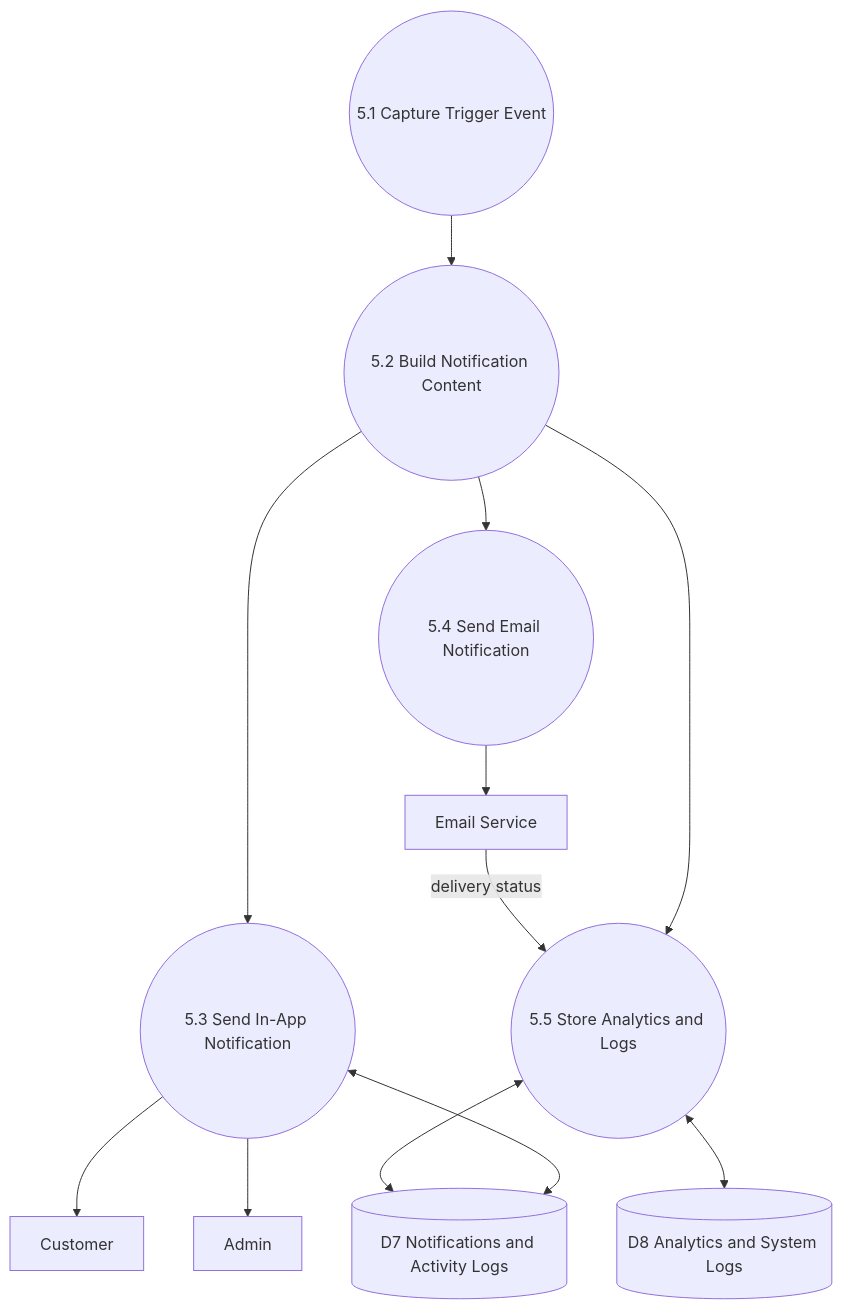
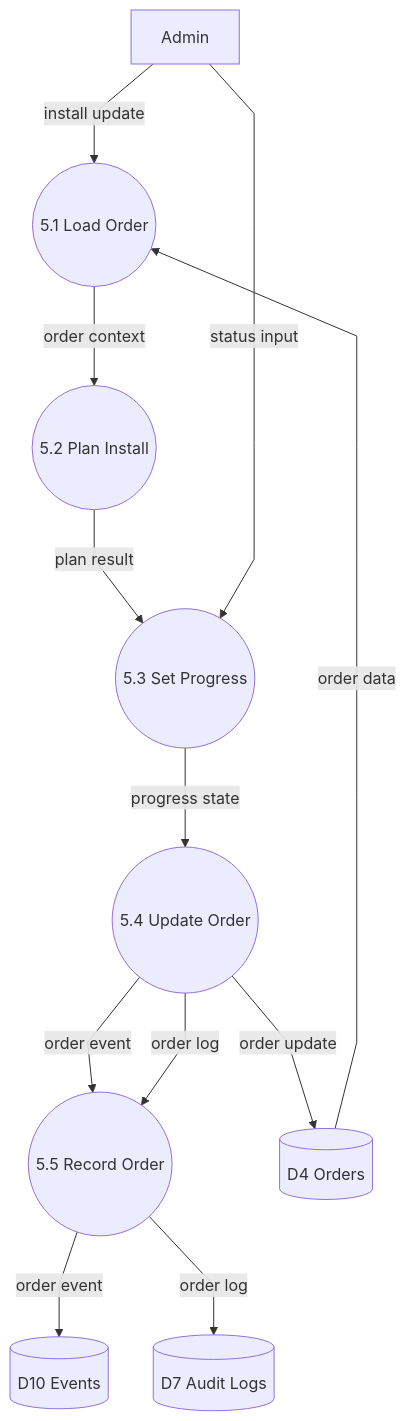
The seventh of 11 diagrams in DFD-Ermel-System.md (theilei/ermel), drawn with Mermaid before and after one commit. The commit also changed other lines of this file, not shown here.

````diff
--- a/DFD-Ermel-System.md
+++ b/DFD-Ermel-System.md
@@ -261,30 +268,30 @@
 ```mermaid
+%%{init: {"flowchart":{"curve":"linear","nodeSpacing":45,"rankSpacing":75}}}%%
 flowchart TB
-    C[Customer]
-    A[Admin]
-    E[Email Service]
+  ADMIN[Admin]
 
-    P51((5.1 Capture Trigger Event))
-    P52((5.2 Build Notification Content))
-    P53((5.3 Send In-App Notification))
-    P54((5.4 Send Email Notification))
-    P55((5.5 Store Analytics and Logs))
+  P51((5.1 Load Order))
+  P52((5.2 Plan Install))
+  P53((5.3 Set Progress))
+  P54((5.4 Update Order))
+  P55((5.5 Record Order))
 
-    D7[(D7 Notifications and Activity Logs)]
-    D8[(D8 Analytics and System Logs)]
+  D4[(D4 Orders)]
+  D10[(D10 Events)]
+  D7[(D7 Audit Logs)]
 
-    P51 --> P52
-    P52 --> P53
-    P52 --> P54
-    P52 --> P55
+  ADMIN -->|install update| P51
+  D4 -->|order data| P51
+  P51 -->|order context| P52
 
-    P53 <--> D7
-    P53 --> C
-    P53 --> A
+  P52 -->|plan result| P53
+  ADMIN -->|status input| P53
+  P53 -->|progress state| P54
 
-    P54 --> E
-    E -->|delivery status| P55
+  P54 -->|order update| D4
+  P54 -->|order event| P55
+  P54 -->|order log| P55
 
-    P55 <--> D8
-    P55 <--> D7
+  P55 -->|order event| D10
+  P55 -->|order log| D7
 ```
````
